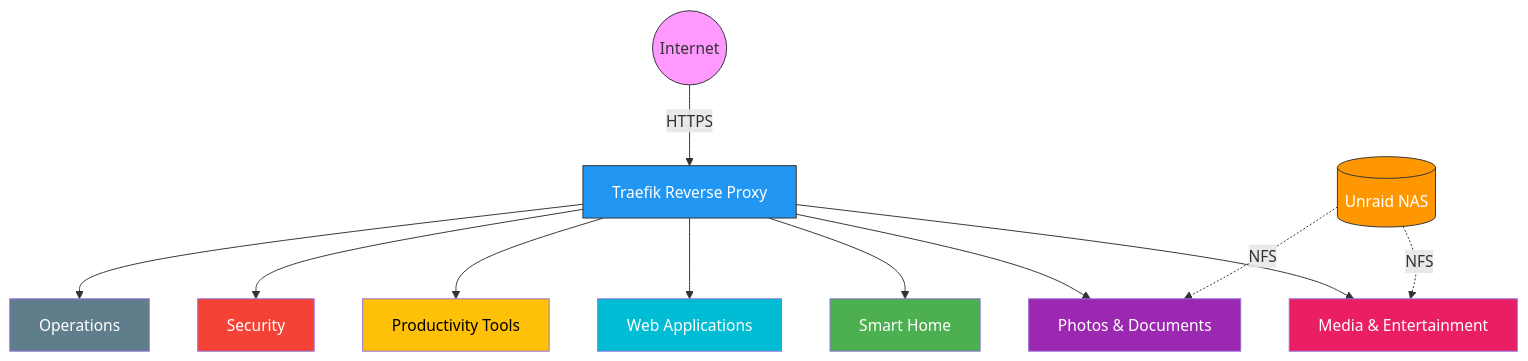
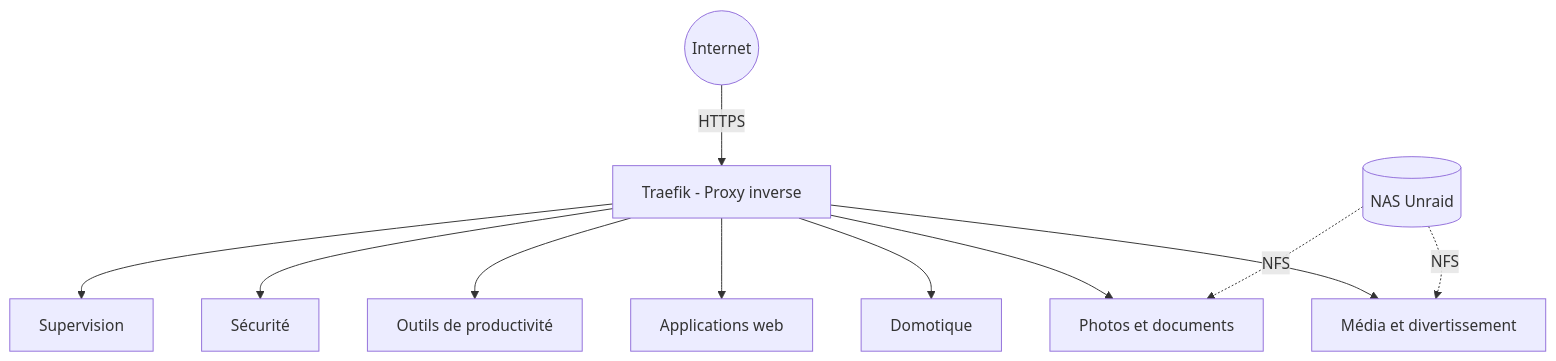
The first of 6 diagrams in README.md (Wifsimster/docker-setup), drawn with Mermaid before and after one commit. The commit also changed other lines of this file and 6 other files, not shown here.

````diff
--- a/README.md
+++ b/README.md
@@ -7,25 +55,14 @@
 ```mermaid
 graph TB
-    Internet((Internet)) -->|HTTPS| Traefik[Traefik Reverse Proxy]
-    Traefik --> Media[Media & Entertainment]
-    Traefik --> Home[Smart Home]
-    Traefik --> Docs[Photos & Documents]
-    Traefik --> Apps[Web Applications]
-    Traefik --> Tools[Productivity Tools]
-    Traefik --> Sec[Security]
-    Traefik --> Ops[Operations]
+    Internet((Internet)) -->|HTTPS| Traefik[Traefik - Proxy inverse]
+    Traefik --> Media[Média et divertissement]
+    Traefik --> Domo[Domotique]
+    Traefik --> Docs[Photos et documents]
+    Traefik --> Apps[Applications web]
+    Traefik --> Outils[Outils de productivité]
+    Traefik --> Secu[Sécurité]
+    Traefik --> Ops[Supervision]
 
-    NAS[(Unraid NAS)] -.->|NFS| Media
+    NAS[(NAS Unraid)] -.->|NFS| Media
     NAS -.->|NFS| Docs
-
-    style Internet fill:#f9f,stroke:#333
-    style Traefik fill:#2196F3,color:#fff,stroke:#333
-    style NAS fill:#FF9800,color:#fff,stroke:#333
-    style Media fill:#E91E63,color:#fff
-    style Home fill:#4CAF50,color:#fff
-    style Docs fill:#9C27B0,color:#fff
-    style Apps fill:#00BCD4,color:#fff
-    style Tools fill:#FFC107,color:#000
-    style Sec fill:#F44336,color:#fff
-    style Ops fill:#607D8B,color:#fff
 ```
````
